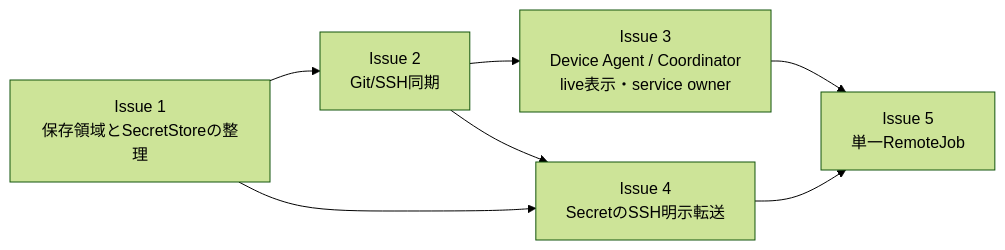
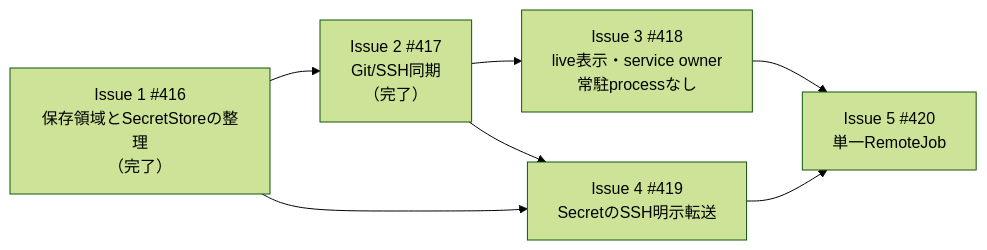
One commit to GuildBotics/GuildBotics changed the ninth of 9 diagrams in docs/plans/workspace_sync_plan-v3.md. Above: the diagram before and after it, drawn with Mermaid (forest theme). The commit also changed other lines of this file and 71 other files, not shown here.

````diff
--- a/docs/plans/workspace_sync_plan-v3.md
+++ b/docs/plans/workspace_sync_plan-v3.md
@@ -2376,14 +2446,14 @@
 ```mermaid
 flowchart LR
-    issue1["Issue 1<br/>保存領域とSecretStoreの整理"]
-    issue2["Issue 2<br/>Git/SSH同期"]
-    issue3["Issue 3<br/>Device Agent / Coordinator<br/>live表示・service owner"]
-    issue4["Issue 4<br/>SecretのSSH明示転送"]
-    issue5["Issue 5<br/>単一RemoteJob"]
+    issue1["Issue 1 #416<br/>保存領域とSecretStoreの整理<br/>（完了）"]
+    issue2["Issue 2 #417<br/>Git/SSH同期<br/>（完了）"]
+    issue3["Issue 3 #418<br/>live表示・service owner<br/>常駐processなし"]
+    issue4["Issue 4 #419<br/>SecretのSSH明示転送"]
+    issue5["Issue 5 #420<br/>単一RemoteJob"]
 
     issue1 --> issue2 --> issue3
     issue1 --> issue4
     issue2 --> issue4
     issue3 --> issue5
     issue4 --> issue5
 ```
````
